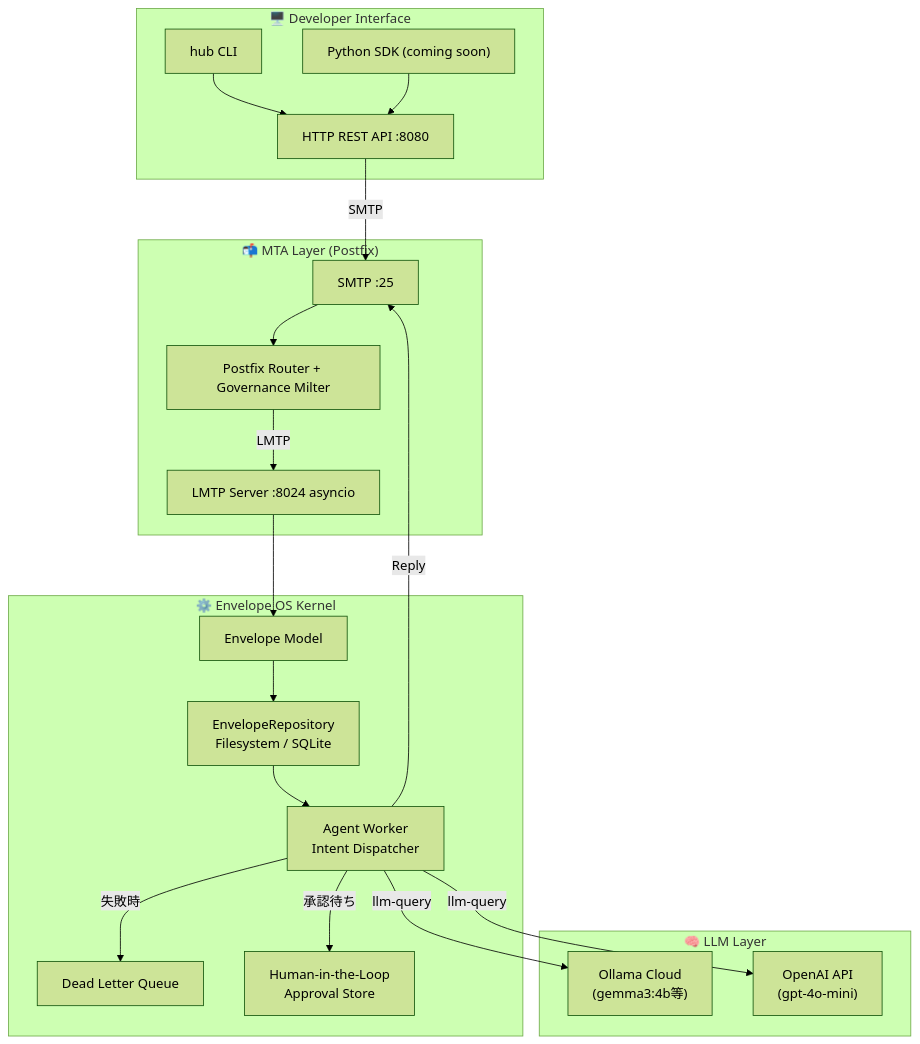
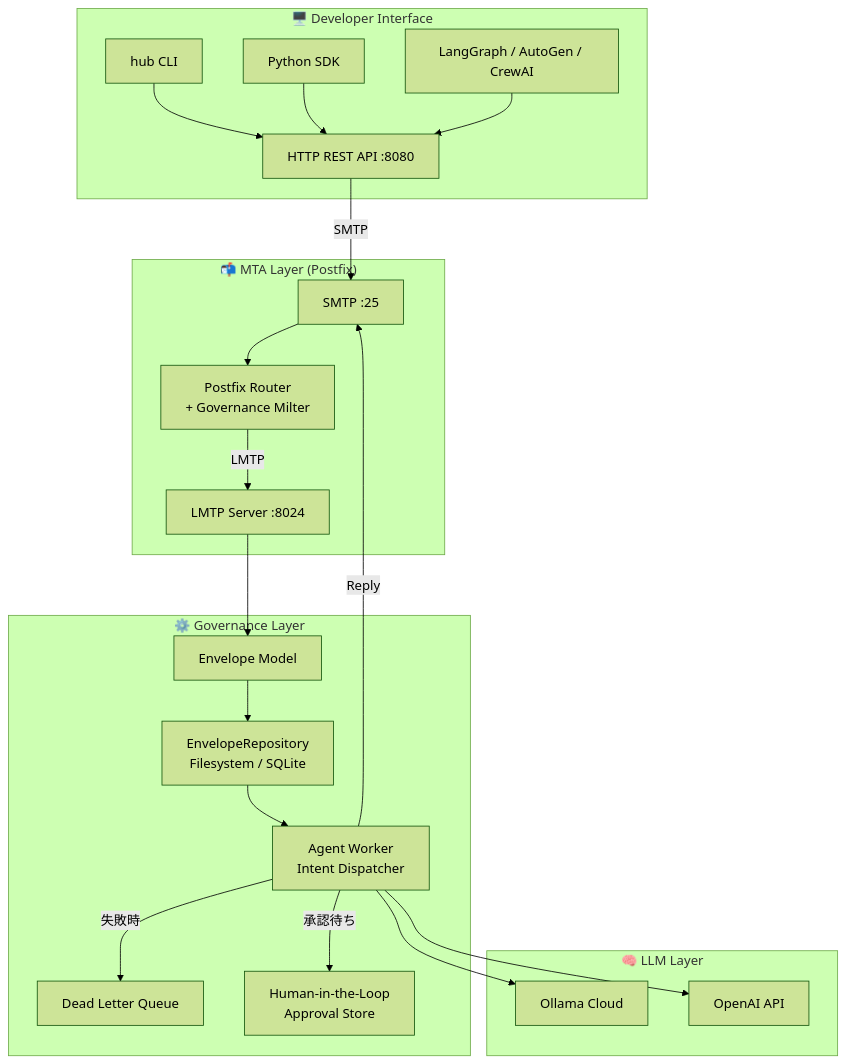
One commit to raberabe1121/ai-agent-hub changed the diagram in README.md. Above: the diagram before and after it, drawn with Mermaid (forest theme). The commit also changed other lines of this file, not shown here.

````diff
--- a/README.md
+++ b/README.md
@@ -225,41 +318,43 @@
 ```mermaid
 flowchart TD
     subgraph Interface["🖥️ Developer Interface"]
         CLI["hub CLI"]
         API["HTTP REST API :8080"]
-        SDK["Python SDK (coming soon)"]
+        SDK["Python SDK"]
+        ECO["LangGraph / AutoGen / CrewAI"]
     end
 
     subgraph MTA["📬 MTA Layer (Postfix)"]
         SMTP["SMTP :25"]
-        PF["Postfix Router + Governance Milter"]
-        LMTP["LMTP Server :8024 asyncio"]
+        PF["Postfix Router\n+ Governance Milter"]
+        LMTP["LMTP Server :8024"]
     end
 
-    subgraph Kernel["⚙️ Envelope OS Kernel"]
+    subgraph Hub["⚙️ Governance Layer"]
         ENV["Envelope Model"]
         REPO["EnvelopeRepository\nFilesystem / SQLite"]
         WORKER["Agent Worker\nIntent Dispatcher"]
         DLQ["Dead Letter Queue"]
         HITL["Human-in-the-Loop\nApproval Store"]
     end
 
     subgraph LLM["🧠 LLM Layer"]
-        OLLAMA["Ollama Cloud\n(gemma3:4b等)"]
-        OPENAI["OpenAI API\n(gpt-4o-mini)"]
+        OLLAMA["Ollama Cloud"]
+        OPENAI["OpenAI API"]
     end
 
     CLI --> API
     SDK --> API
+    ECO --> API
     API -->|SMTP| SMTP
     SMTP --> PF
     PF -->|LMTP| LMTP
     LMTP --> ENV
     ENV --> REPO
     REPO --> WORKER
-    WORKER -->|llm-query| OLLAMA
-    WORKER -->|llm-query| OPENAI
+    WORKER --> OLLAMA
+    WORKER --> OPENAI
     WORKER -->|失敗時| DLQ
     WORKER -->|承認待ち| HITL
     WORKER -->|Reply| SMTP
 ```
````
